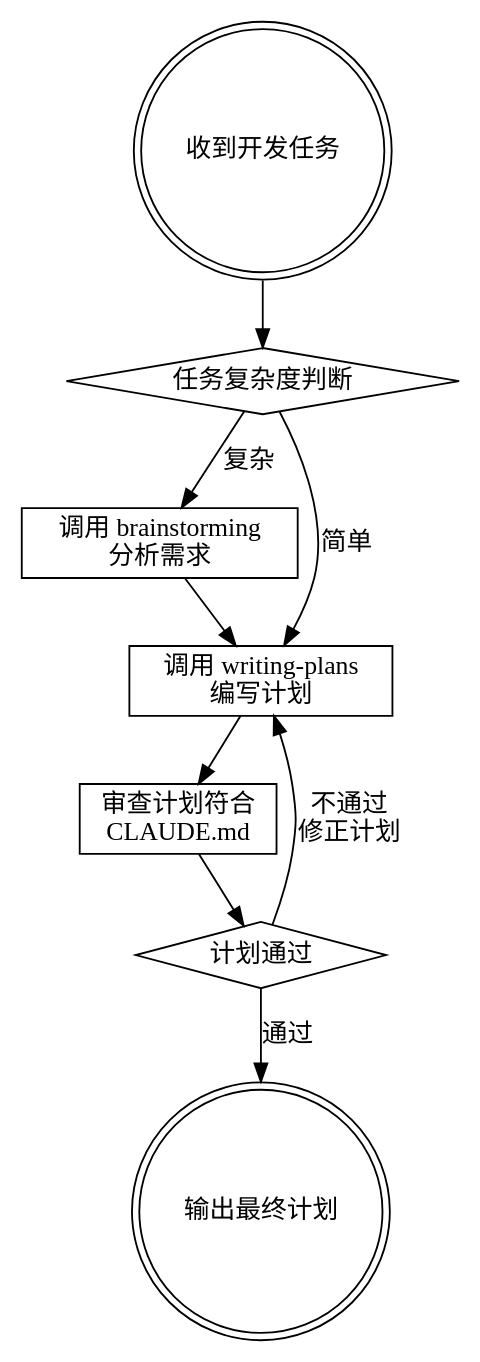
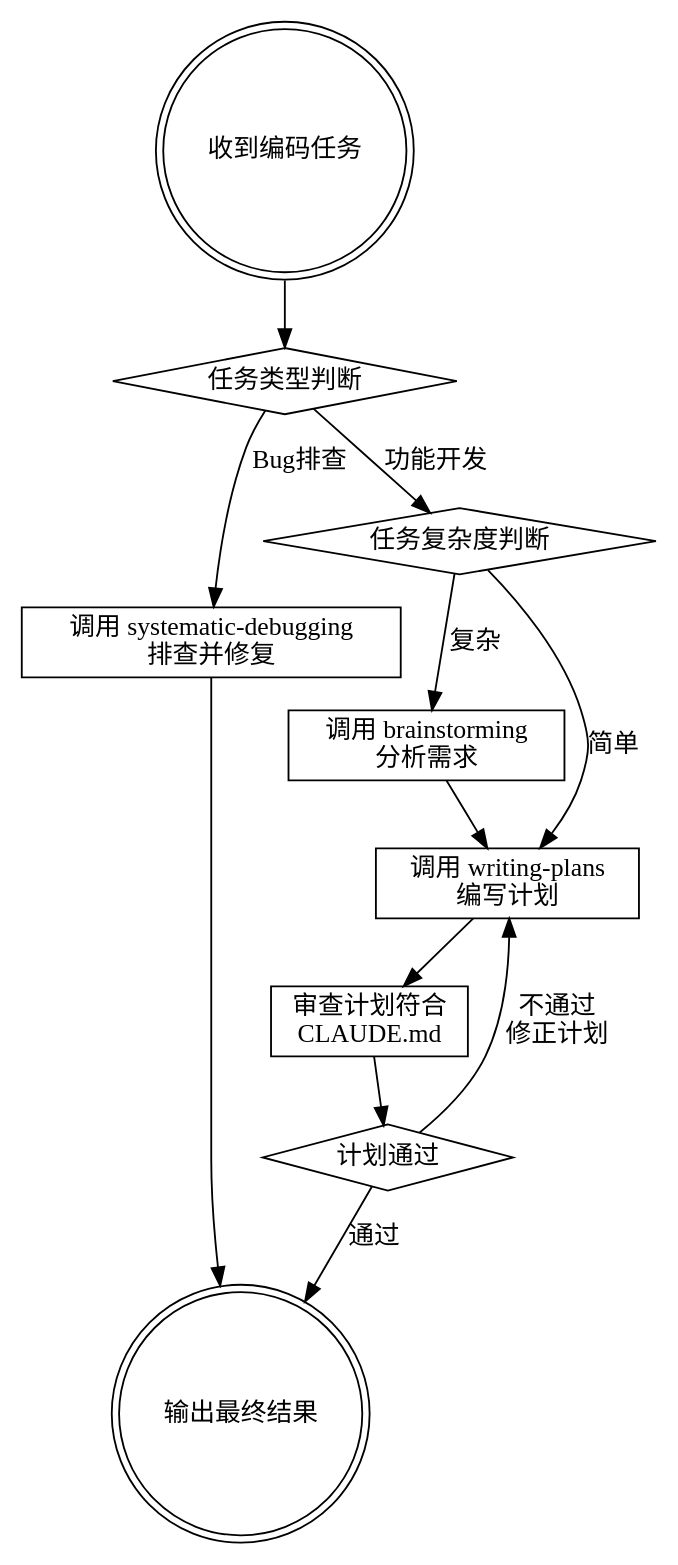
Before and after one commit to 52lu/claude-code-extend: the diagram in packages/skills/coder-task/SKILL.md, drawn with Graphviz. The commit also changed other lines of this file, not shown here.

````diff
--- a/packages/skills/coder-task/SKILL.md
+++ b/packages/skills/coder-task/SKILL.md
@@ -12,20 +12,25 @@
 ```dot
 digraph coder_task {
-    "收到开发任务" [shape=doublecircle];
+    "收到编码任务" [shape=doublecircle];
+    "任务类型判断" [shape=diamond];
+    "调用 systematic-debugging\n排查并修复" [shape=box];
     "任务复杂度判断" [shape=diamond];
     "调用 brainstorming\n分析需求" [shape=box];
     "调用 writing-plans\n编写计划" [shape=box];
     "审查计划符合\nCLAUDE.md" [shape=box];
     "计划通过" [shape=diamond];
-    "输出最终计划" [shape=doublecircle];
+    "输出最终结果" [shape=doublecircle];
 
-    "收到开发任务" -> "任务复杂度判断";
+    "收到编码任务" -> "任务类型判断";
+    "任务类型判断" -> "调用 systematic-debugging\n排查并修复" [label="Bug排查"];
+    "任务类型判断" -> "任务复杂度判断" [label="功能开发"];
     "任务复杂度判断" -> "调用 brainstorming\n分析需求" [label="复杂"];
     "任务复杂度判断" -> "调用 writing-plans\n编写计划" [label="简单"];
     "调用 brainstorming\n分析需求" -> "调用 writing-plans\n编写计划";
     "调用 writing-plans\n编写计划" -> "审查计划符合\nCLAUDE.md";
     "审查计划符合\nCLAUDE.md" -> "计划通过";
-    "计划通过" -> "输出最终计划" [label="通过"];
+    "计划通过" -> "输出最终结果" [label="通过"];
     "计划通过" -> "调用 writing-plans\n编写计划" [label="不通过\n修正计划"];
+    "调用 systematic-debugging\n排查并修复" -> "输出最终结果";
 }
 ```
````
